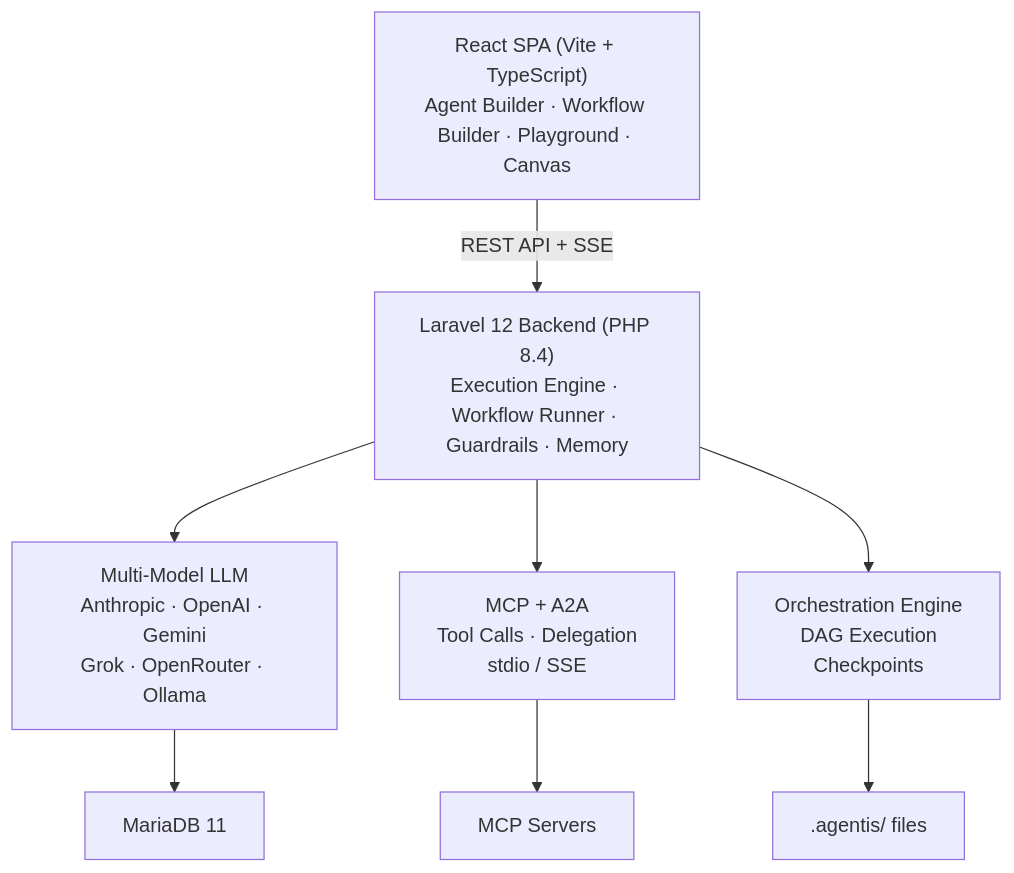
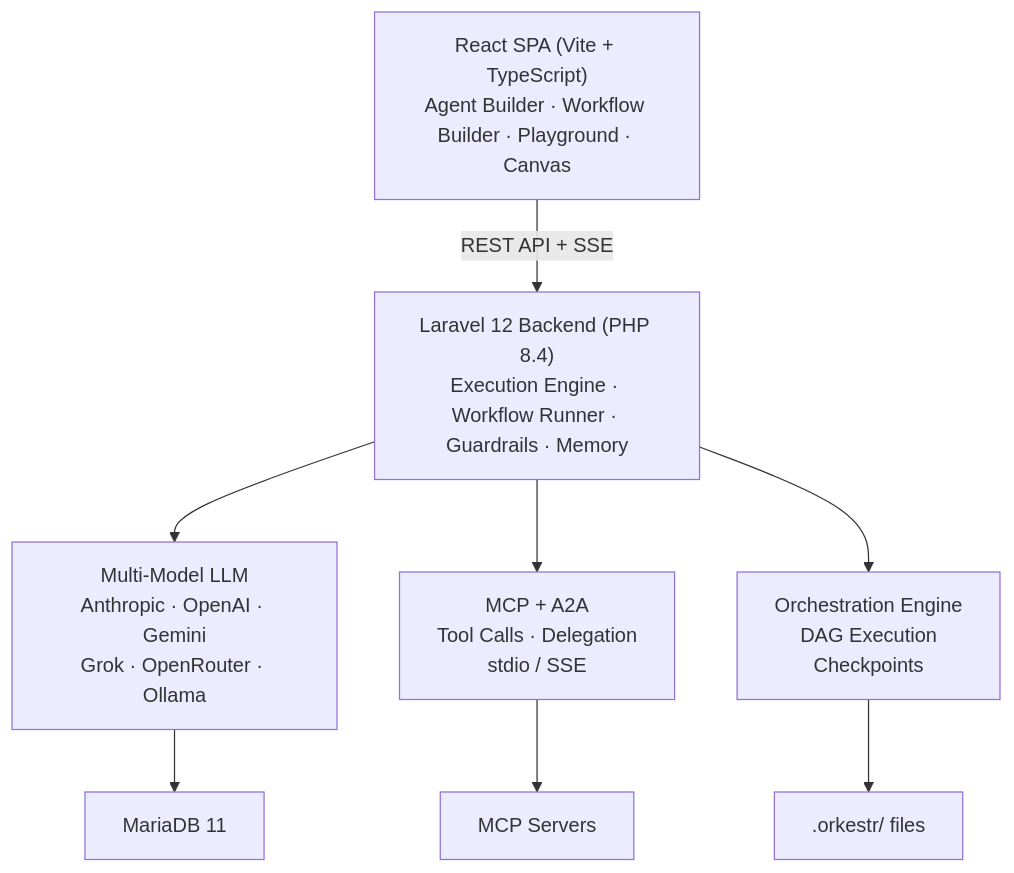
The diagram in README.md (eooo-io/orkestr), drawn with Mermaid before and after one commit. The commit also changed other lines of this file and 92 other files, not shown here.

First line of the commit message:
Rename .agentis → .orkestr, eliminate all Agentis naming residue

````diff
--- a/README.md
+++ b/README.md
@@ -112,15 +112,15 @@
 ```mermaid
 graph TB
     SPA["React SPA (Vite + TypeScript)<br/>Agent Builder · Workflow Builder · Playground · Canvas"]
     API["Laravel 12 Backend (PHP 8.4)<br/>Execution Engine · Workflow Runner · Guardrails · Memory"]
 
     SPA -->|"REST API + SSE"| API
 
     API --> LLM["Multi-Model LLM<br/>Anthropic · OpenAI · Gemini<br/>Grok · OpenRouter · Ollama"]
     API --> Tools["MCP + A2A<br/>Tool Calls · Delegation<br/>stdio / SSE"]
     API --> Orch["Orchestration Engine<br/>DAG Execution<br/>Checkpoints"]
 
     LLM --> DB["MariaDB 11"]
     Tools --> MCP["MCP Servers"]
-    Orch --> Files[".agentis/ files"]
+    Orch --> Files[".orkestr/ files"]
 ```
````
